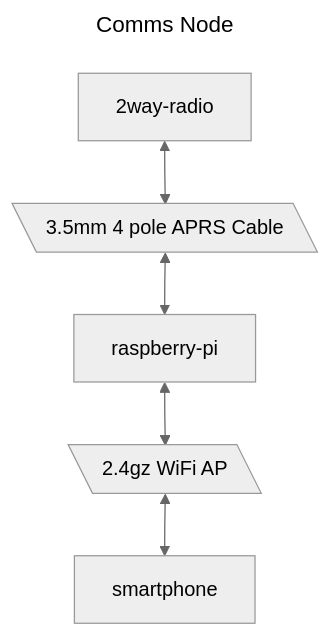
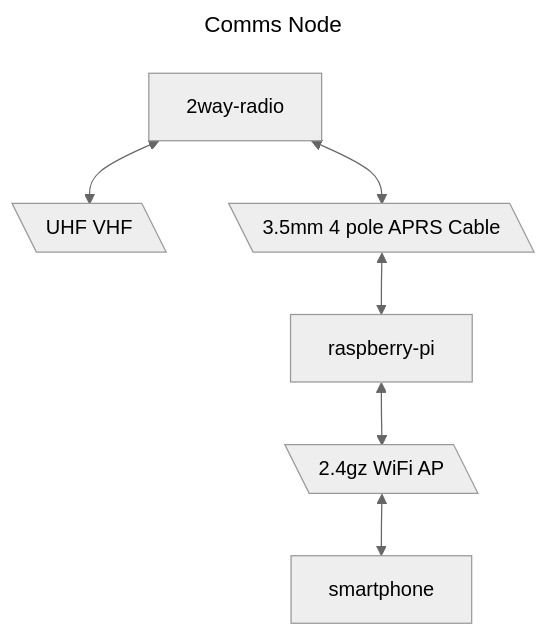
The diagram in docs/design.md (Lazztech/Comms), drawn with Mermaid (neutral theme) before and after one commit.

````diff
--- a/docs/design.md
+++ b/docs/design.md
@@ -7,15 +7,17 @@
 ```mermaid
 ---
 title: Comms Node
 ---
 flowchart TD;
     2way-radio;
     raspberry-pi;
     smartphone;
+    uhf-vhf[\UHF VHF\];
     aprs-cable[\3.5mm 4 pole APRS Cable\];
     wifi[\2.4gz WiFi AP\];
     2way-radio <--> aprs-cable;
+    2way-radio <--> uhf-vhf;
     aprs-cable <--> raspberry-pi;
     raspberry-pi <--> wifi;
     wifi <--> smartphone;
 ```
````
